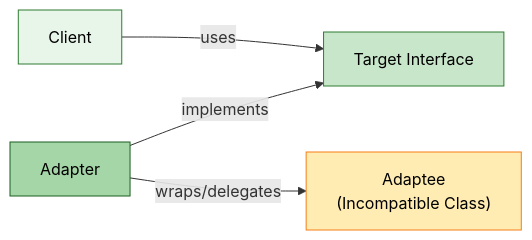
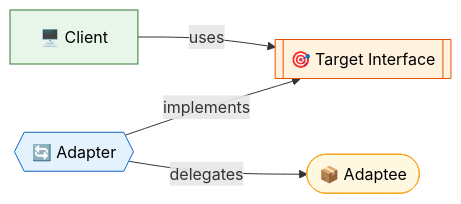
The second of 4 diagrams in docs/designpatterns/structuralDesignPatterns/AdapterDesignPattern.md (saivamsikaruturi/vamsilabs-dev-notes-main), drawn with Mermaid before and after one commit. The commit also changed other lines of this file and 42 other files, not shown here.

````diff
--- a/docs/designpatterns/structuralDesignPatterns/AdapterDesignPattern.md
+++ b/docs/designpatterns/structuralDesignPatterns/AdapterDesignPattern.md
@@ -30,16 +28,11 @@
 ```mermaid
 flowchart LR
-    Client["Client"]
-    Target["Target Interface"]
-    Adapter["Adapter"]
-    Adaptee["Adaptee\n(Incompatible Class)"]
+    Client["🖥️ Client"] -->|"uses"| Target[["🎯 Target Interface"]]
+    Adapter{{"🔄 Adapter"}} -->|"implements"| Target
+    Adapter -->|"delegates"| Adaptee(["📦 Adaptee"])
 
-    Client -->|uses| Target
-    Adapter -->|implements| Target
-    Adapter -->|wraps/delegates| Adaptee
-
-    style Client fill:#e8f5e9,stroke:#2e7d32,color:#000
-    style Target fill:#c8e6c9,stroke:#2e7d32,color:#000
-    style Adapter fill:#a5d6a7,stroke:#1b5e20,color:#000
-    style Adaptee fill:#ffecb3,stroke:#f57f17,color:#000
+    style Client fill:#E8F5E9,stroke:#2E7D32,color:#000
+    style Target fill:#FFF3E0,stroke:#E65100,color:#000
+    style Adapter fill:#E3F2FD,stroke:#1565C0,color:#000
+    style Adaptee fill:#FFF8E1,stroke:#F9A825,color:#000
 ```
````
